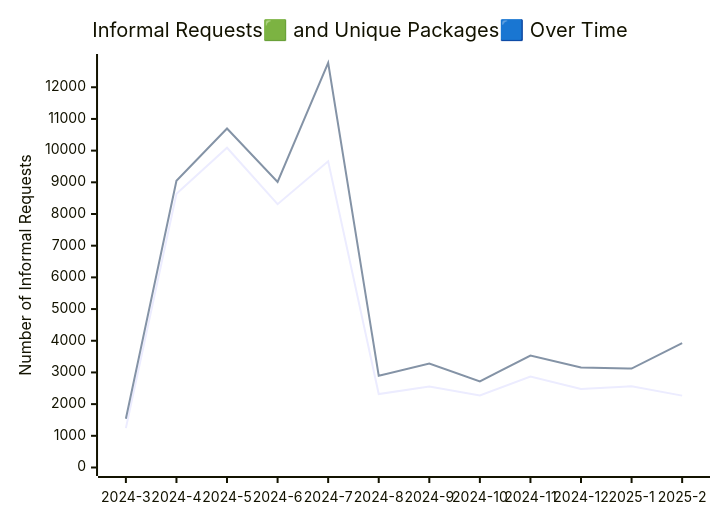
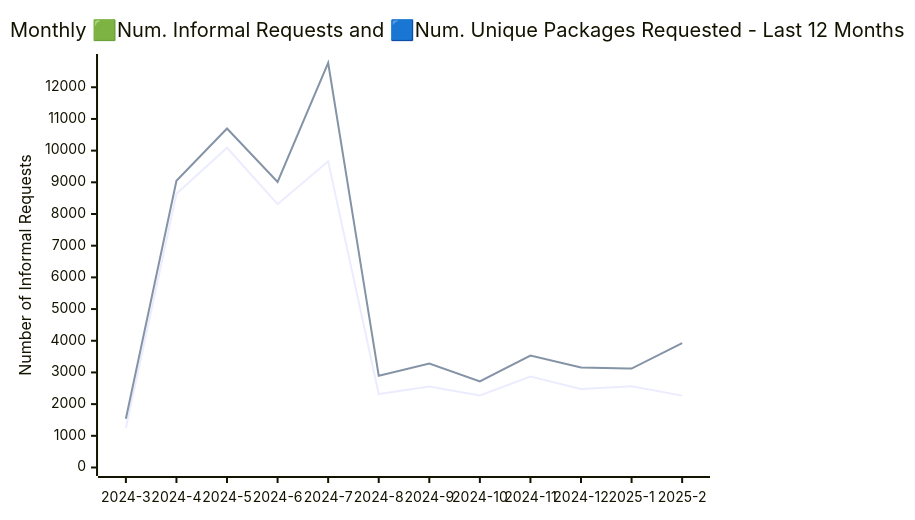
Before and after one commit to open-data/analytics-corporate-reporting: the diagram in ATI_INFORMAL_REPORT/readme.md, drawn with Mermaid. The commit also changed other lines of this file, not shown here.

````diff
--- a/ATI_INFORMAL_REPORT/readme.md
+++ b/ATI_INFORMAL_REPORT/readme.md
@@ -4,11 +17,11 @@
 ```mermaid
 
 xychart-beta
-    title "Informal Requests🟩 and Unique Packages🟦 Over Time"
+    title "Monthly 🟩Num. Informal Requests and 🟦Num. Unique Packages Requested - Last 12 Months"
     x-axis [2024-3, 2024-4, 2024-5, 2024-6, 2024-7, 2024-8, 2024-9, 2024-10, 2024-11, 2024-12, 2025-1, 2025-2]
     y-axis "Unique Packages" 0 --> 10100
     y-axis "Number of Informal Requests" 0 --> 12781
 
     line [1242, 8636, 10090, 8309, 9663, 2317, 2554, 2275, 2873, 2481, 2564, 2268]
     line [1540, 9047, 10700, 9014, 12771, 2894, 3280, 2719, 3534, 3159, 3122, 3926]
 ```
````
